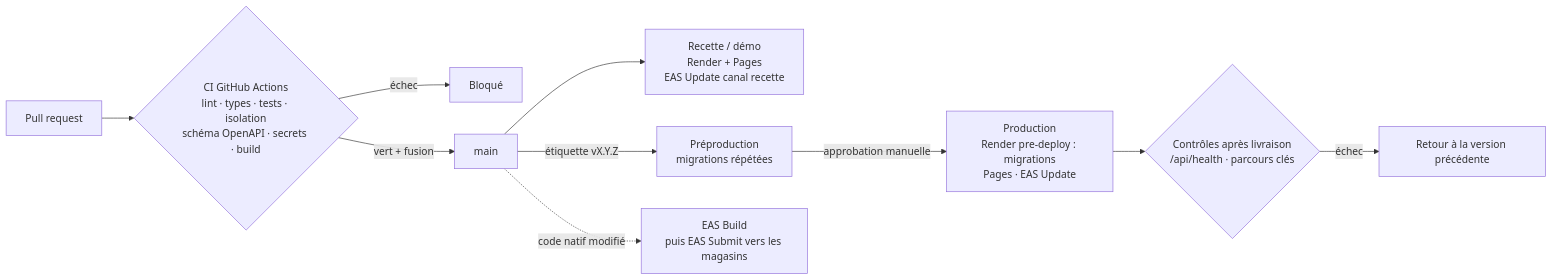
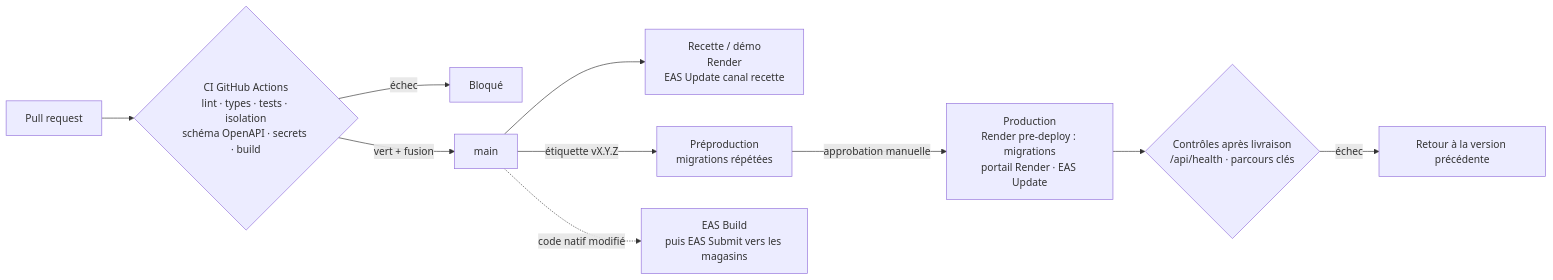
Before and after one commit to alamine2003/CRM-GHPL: the tenth of 11 diagrams in architecture.md, drawn with Mermaid. The commit also changed other lines of this file and 19 other files, not shown here.

First line of the commit message:
1.0.1 : portail et API sur Render (§14.79, ADR-007, HT-05)

````diff
--- a/architecture.md
+++ b/architecture.md
@@ -832,12 +833,12 @@
 ```mermaid
 flowchart LR
   PR[Pull request] --> CI{CI GitHub Actions<br/>lint · types · tests · isolation<br/>schéma OpenAPI · secrets · build}
   CI -- échec --> STOP[Bloqué]
   CI -- vert + fusion --> MAIN[main]
-  MAIN --> RECETTE[Recette / démo<br/>Render + Pages<br/>EAS Update canal recette]
+  MAIN --> RECETTE[Recette / démo<br/>Render<br/>EAS Update canal recette]
   MAIN -- étiquette vX.Y.Z --> PREPROD[Préproduction<br/>migrations répétées]
-  PREPROD -- approbation manuelle --> PROD[Production<br/>Render pre-deploy : migrations<br/>Pages · EAS Update]
+  PREPROD -- approbation manuelle --> PROD[Production<br/>Render pre-deploy : migrations<br/>portail Render · EAS Update]
   PROD --> SMOKE{Contrôles après livraison<br/>/api/health · parcours clés}
   SMOKE -- échec --> ROLLBACK[Retour à la version précédente]
   MAIN -. code natif modifié .-> BUILD[EAS Build<br/>puis EAS Submit vers les magasins]
 ```
````
